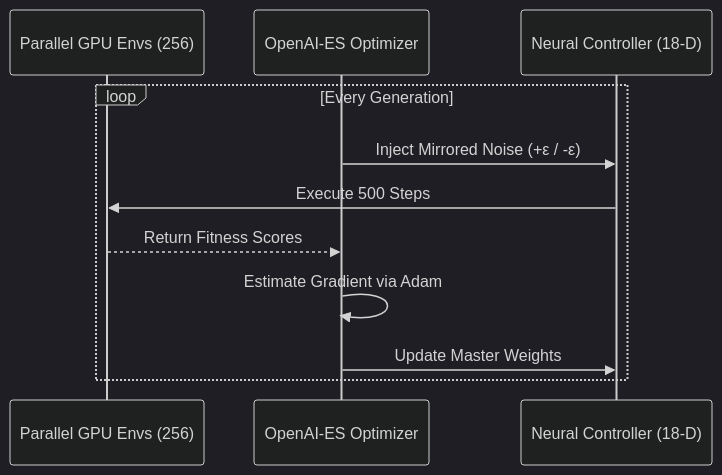
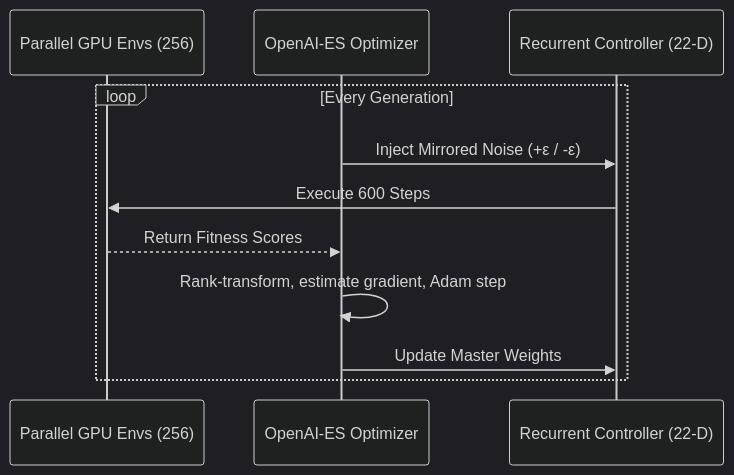
Before and after one commit to MochizukiShinichi/swarm: the second of 2 diagrams in README.md, drawn with Mermaid (dark theme). The commit also changed other lines of this file, not shown here.

First line of the commit message:
docs: update stale README to match current architecture

````diff
--- a/README.md
+++ b/README.md
@@ -48,14 +54,14 @@
 ```mermaid
 sequenceDiagram
     participant GPU as Parallel GPU Envs (256)
     participant ES as OpenAI-ES Optimizer
-    participant Policy as Neural Controller (18-D)
+    participant Policy as Recurrent Controller (22-D)
 
     loop Every Generation
         ES->>Policy: Inject Mirrored Noise (+ε / -ε)
-        Policy->>GPU: Execute 500 Steps
+        Policy->>GPU: Execute 600 Steps
         GPU-->>ES: Return Fitness Scores
-        ES->>ES: Estimate Gradient via Adam
+        ES->>ES: Rank-transform, estimate gradient, Adam step
         ES->>Policy: Update Master Weights
     end
 ```
````
